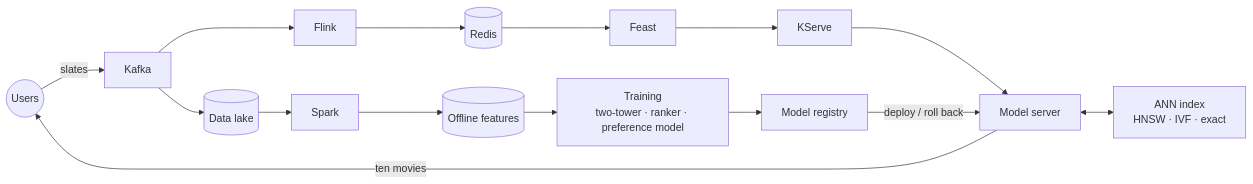
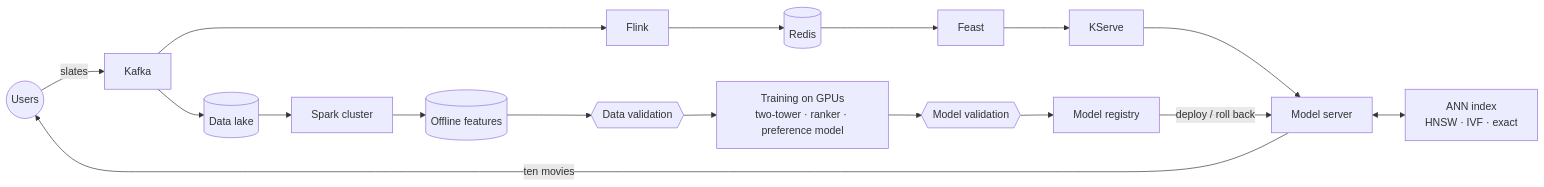
Before and after one commit to PrimozRavbar/SimPipelineExp: the diagram in README.md, drawn with Mermaid. The commit also changed other lines of this file and 3 other files, not shown here.

````diff
--- a/README.md
+++ b/README.md
@@ -69,11 +73,12 @@
 ```mermaid
 flowchart LR
   U((Users)) -- slates --> K[Kafka]
   K --> F[Flink] --> R[(Redis)] --> FE[Feast]
   FE --> KS[KServe] --> MS[Model server]
   MS <--> ANN[ANN index<br/>HNSW · IVF · exact]
   MS -- ten movies --> U
-  K --> DL[(Data lake)] --> S[Spark] --> OFS[(Offline features)]
-  OFS --> T[Training<br/>two-tower · ranker · preference model] --> REG[Model registry]
+  K --> DL[(Data lake)] --> S[Spark cluster] --> OFS[(Offline features)]
+  OFS --> V{{Data validation}} --> T[Training on GPUs<br/>two-tower · ranker · preference model]
+  T --> MV{{Model validation}} --> REG[Model registry]
   REG -- deploy / roll back --> MS
 ```
````
